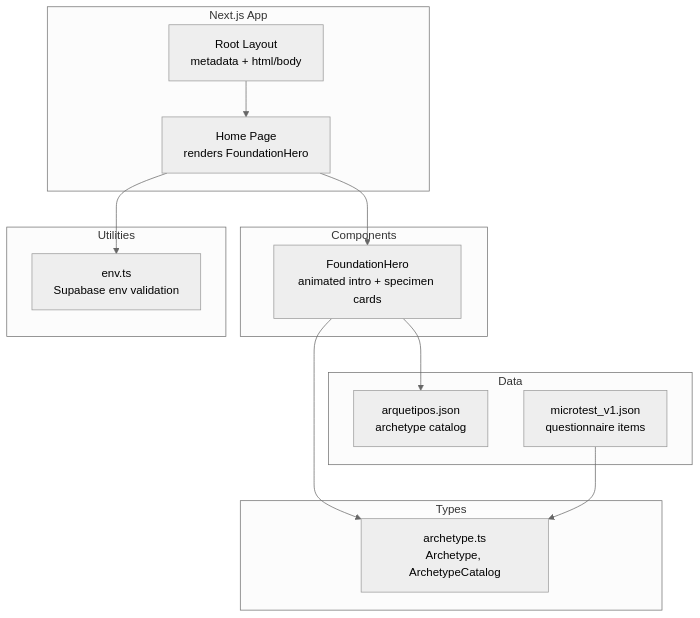
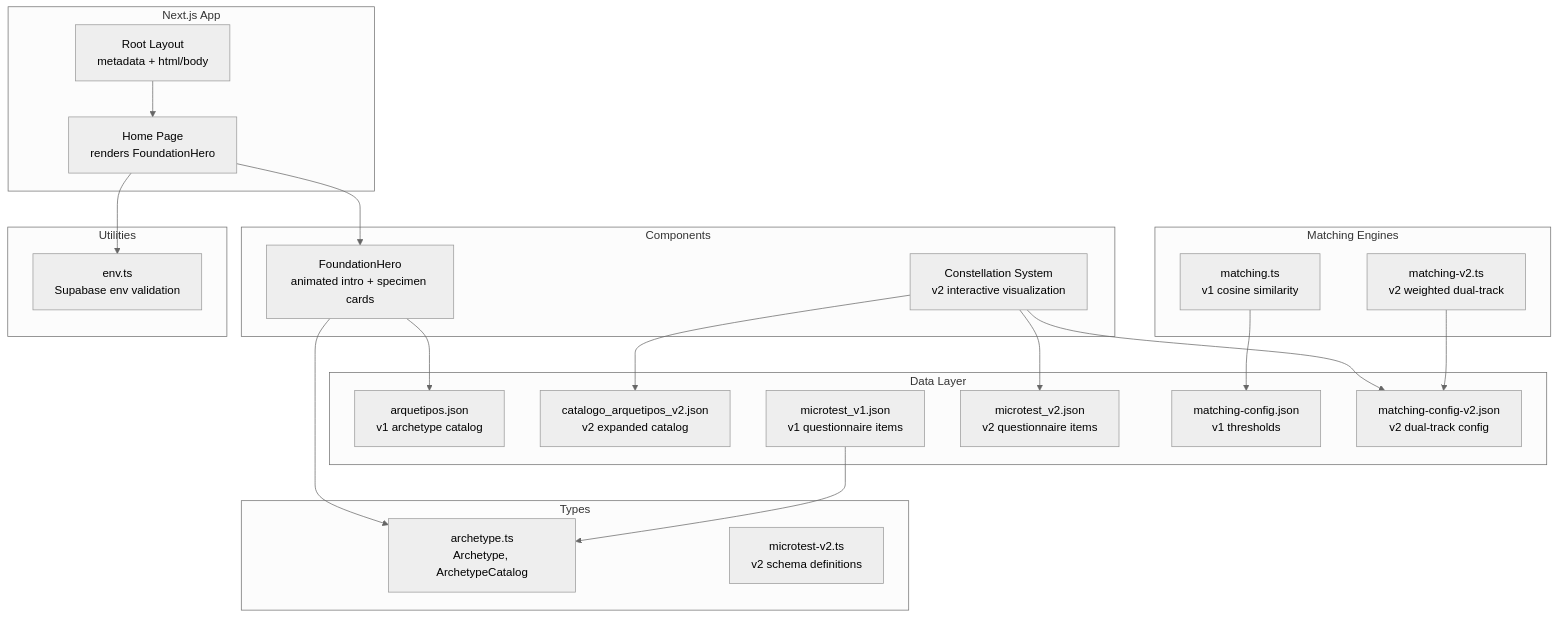
One commit to AmeliaDi/ProyectoENESZooMatch changed the first of 7 diagrams in .qoder/repowiki/en/content/Project Overview.md. Above: the diagram before and after it, drawn with Mermaid (neutral theme). The commit also changed other lines of this file and 50 other files, not shown here.

````diff
--- a/.qoder/repowiki/en/content/Project Overview.md
+++ b/.qoder/repowiki/en/content/Project Overview.md
@@ -56,26 +75,41 @@
 ```mermaid
 graph TB
 subgraph "Next.js App"
 Layout["Root Layout<br/>metadata + html/body"]
 Page["Home Page<br/>renders FoundationHero"]
 end
 subgraph "Components"
 Hero["FoundationHero<br/>animated intro + specimen cards"]
+Constellation["Constellation System<br/>v2 interactive visualization"]
 end
-subgraph "Data"
-Archetypes["arquetipos.json<br/>archetype catalog"]
-Microtest["microtest_v1.json<br/>questionnaire items"]
+subgraph "Data Layer"
+Archetypes["arquetipos.json<br/>v1 archetype catalog"]
+CatalogV2["catalogo_arquetipos_v2.json<br/>v2 expanded catalog"]
+MicrotestV1["microtest_v1.json<br/>v1 questionnaire items"]
+MicrotestV2["microtest_v2.json<br/>v2 questionnaire items"]
+ConfigV1["matching-config.json<br/>v1 thresholds"]
+ConfigV2["matching-config-v2.json<br/>v2 dual-track config"]
 end
 subgraph "Types"
 ArchetypeTS["archetype.ts<br/>Archetype, ArchetypeCatalog"]
+MicrotestV2TS["microtest-v2.ts<br/>v2 schema definitions"]
+end
+subgraph "Matching Engines"
+MatchingV1["matching.ts<br/>v1 cosine similarity"]
+MatchingV2["matching-v2.ts<br/>v2 weighted dual-track"]
 end
 subgraph "Utilities"
 Env["env.ts<br/>Supabase env validation"]
 end
 Layout --> Page
 Page --> Hero
 Hero --> Archetypes
 Hero --> ArchetypeTS
 Page --> Env
-Microtest --> ArchetypeTS
+MicrotestV1 --> ArchetypeTS
+Constellation --> CatalogV2
+Constellation --> MicrotestV2
+Constellation --> ConfigV2
+MatchingV1 --> ConfigV1
+MatchingV2 --> ConfigV2
 ```
````
